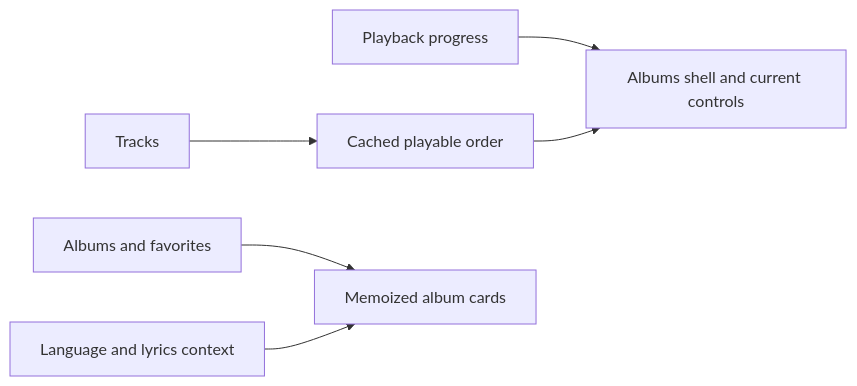
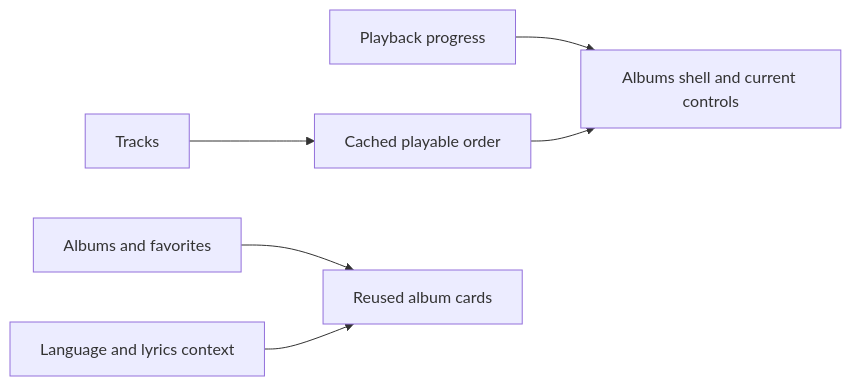
One commit to pengzhengyi/medleyplay changed the diagram in docs/contributing/design-notes/Browser responsiveness.md. Above: the diagram before and after it, drawn with Mermaid. The commit also changed other lines of this file, not shown here.

First line of the commit message:
docs(performance): record album playback measurements

````diff
--- a/docs/contributing/design-notes/Browser responsiveness.md
+++ b/docs/contributing/design-notes/Browser responsiveness.md
@@ -203,8 +218,8 @@
 ```mermaid
 flowchart LR
   P["Playback progress"] --> S["Albums shell and current controls"]
   T["Tracks"] --> O["Cached playable order"]
   O --> S
-  A["Albums and favorites"] --> C["Memoized album cards"]
+  A["Albums and favorites"] --> C["Reused album cards"]
   L["Language and lyrics context"] --> C
 ```
````
